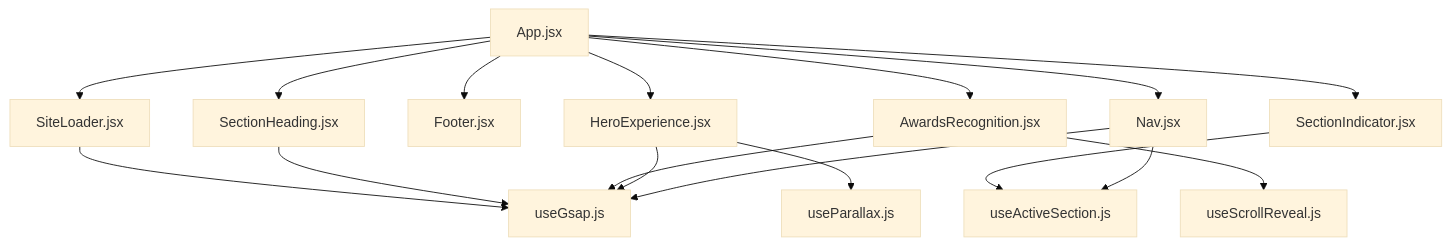
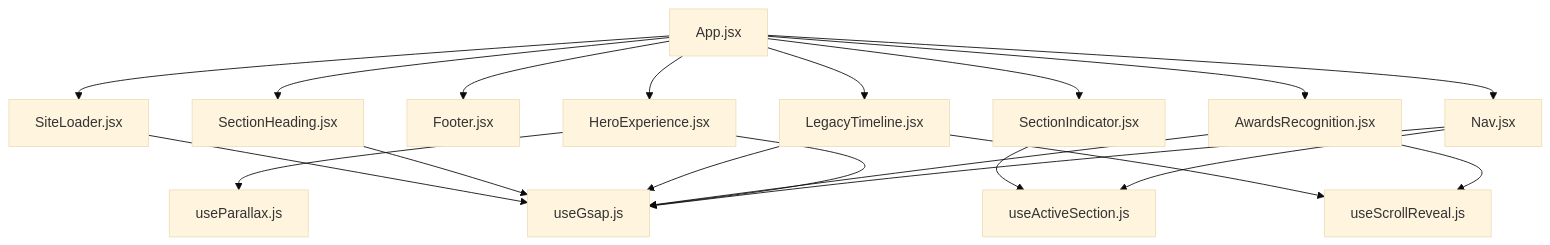
One commit to rakeshmaity271/frankie-picasso changed the second of 2 diagrams in .qoder/repowiki/en/content/Frontend Components.md. Above: the diagram before and after it, drawn with Mermaid (base theme). The commit also changed other lines of this file and 47 other files, not shown here.

````diff
--- a/.qoder/repowiki/en/content/Frontend Components.md
+++ b/.qoder/repowiki/en/content/Frontend Components.md
@@ -123,19 +127,22 @@
 ```mermaid
 graph TD
 App["App.jsx"] --> SiteLoader["SiteLoader.jsx"]
 App --> Nav["Nav.jsx"]
 App --> Footer["Footer.jsx"]
 App --> Hero["HeroExperience.jsx"]
 App --> Awards["AwardsRecognition.jsx"]
+App --> Legacy["LegacyTimeline.jsx"]
 App --> SectionIndicator["SectionIndicator.jsx"]
 App --> SectionHeading["SectionHeading.jsx"]
 Nav --> GSAP["useGsap.js"]
 Nav --> ActiveSectionHook["useActiveSection.js"]
 SectionIndicator --> ActiveSectionHook
 Hero --> GSAP
 Hero --> Parallax["useParallax.js"]
 Awards --> GSAP
 Awards --> ScrollReveal["useScrollReveal.js"]
+Legacy --> GSAP
+Legacy --> ScrollReveal
 SectionHeading --> GSAP
 SiteLoader --> GSAP
 ```
````
